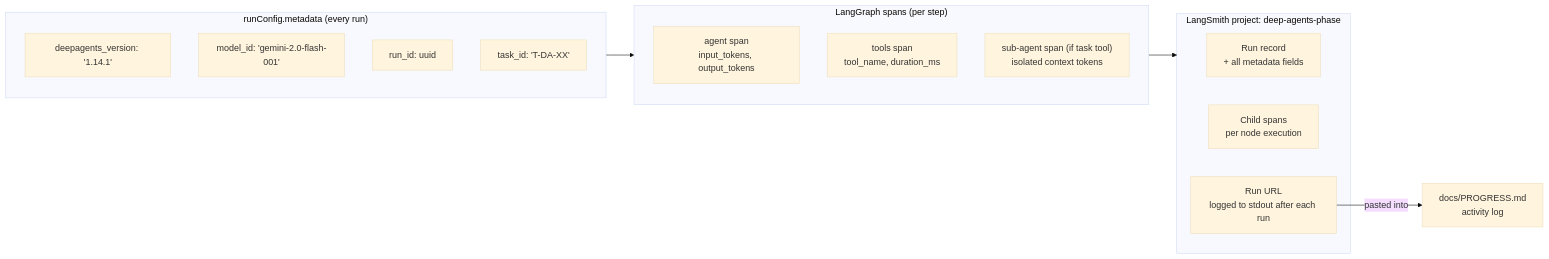
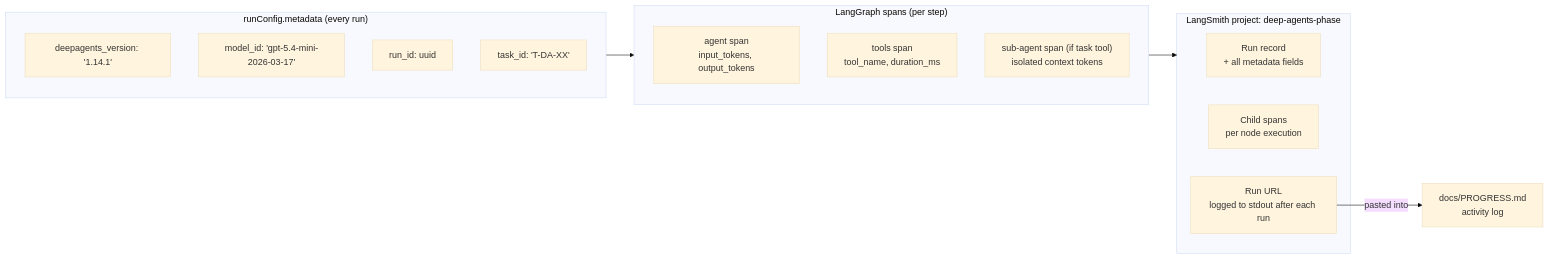
The fourth of 5 diagrams in docs/diagrams/06-data-flow.md (nhatduong-agilityio/deep-agents), drawn with Mermaid (base theme) before and after one commit. The commit also changed other lines of this file and 21 other files, not shown here.

Commit message:
docs: update READMEs and diagrams for OpenAI migration and T-DA-04 results

````diff
--- a/docs/diagrams/06-data-flow.md
+++ b/docs/diagrams/06-data-flow.md
@@ -115,25 +115,25 @@
 ```mermaid
 flowchart LR
     subgraph RunConfig["runConfig.metadata (every run)"]
         V["deepagents_version: '1.14.1'"]
-        M["model_id: 'gemini-2.0-flash-001'"]
+        M["model_id: 'gpt-5.4-mini-2026-03-17'"]
         R["run_id: uuid"]
         T["task_id: 'T-DA-XX'"]
     end
 
     subgraph LGSpans["LangGraph spans (per step)"]
         AG["agent span\ninput_tokens, output_tokens"]
         TL["tools span\ntool_name, duration_ms"]
         SA["sub-agent span (if task tool)\nisolated context tokens"]
     end
 
     subgraph LangSmith["LangSmith project: deep-agents-phase"]
         RUN["Run record\n+ all metadata fields"]
         SPAN["Child spans\nper node execution"]
         URL["Run URL\nlogged to stdout after each run"]
     end
 
     RunConfig --> LGSpans
     LGSpans --> LangSmith
     URL -->|"pasted into"| PROGRESS["docs/PROGRESS.md\nactivity log"]
 ```
````
